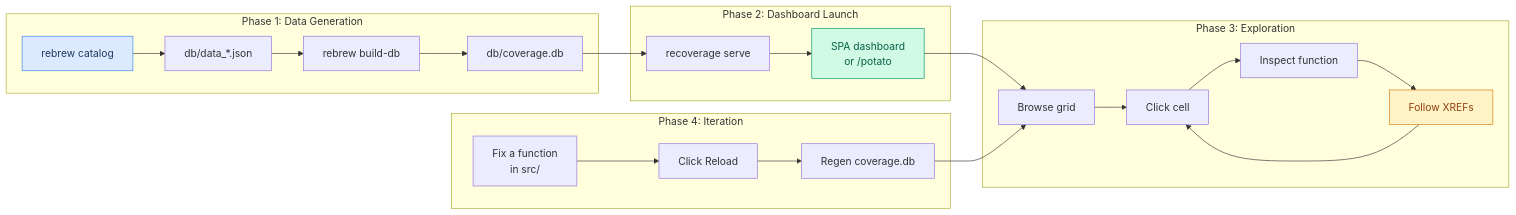
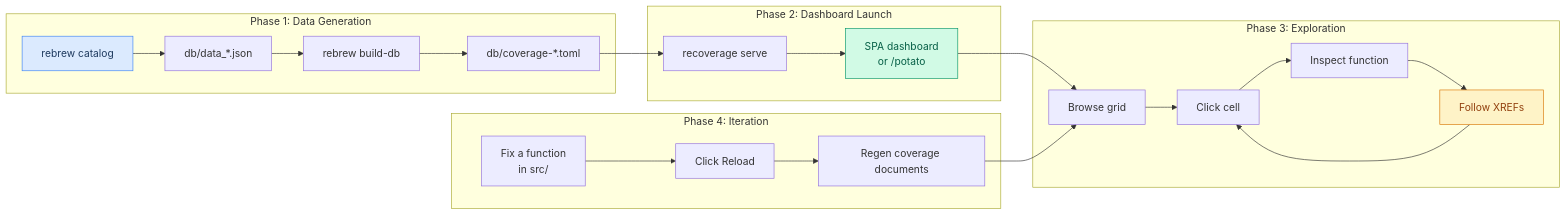
Diagram 18 of 18 in docs/USER_STORIES.md (maci0/recoverage), drawn with Mermaid before and after one commit. The commit also changed other lines of this file and 39 other files, not shown here.

````diff
--- a/docs/USER_STORIES.md
+++ b/docs/USER_STORIES.md
@@ -576,31 +576,31 @@
 ```mermaid
 graph LR
     subgraph "Phase 1: Data Generation"
         A["rebrew catalog"] --> B["db/data_*.json"]
         B --> C["rebrew build-db"]
-        C --> D["db/coverage.db"]
+        C --> D["db/coverage-*.toml"]
     end
 
     subgraph "Phase 2: Dashboard Launch"
         D --> E["recoverage serve"]
         E --> F["SPA dashboard<br/>or /potato"]
     end
 
     subgraph "Phase 3: Exploration"
         F --> G["Browse grid"]
         G --> H["Click cell"]
         H --> I["Inspect function"]
         I --> J["Follow XREFs"]
         J --> H
     end
 
     subgraph "Phase 4: Iteration"
         K["Fix a function<br/>in src/"] --> L["Click Reload"]
-        L --> M["Regen coverage.db"]
+        L --> M["Regen coverage documents"]
         M --> G
     end
 
     style A fill:#dbeafe,stroke:#3b82f6,color:#1e3a5f
     style F fill:#d1fae5,stroke:#059669,color:#065f46
     style J fill:#fef3c7,stroke:#d97706,color:#92400e
 ```
````
